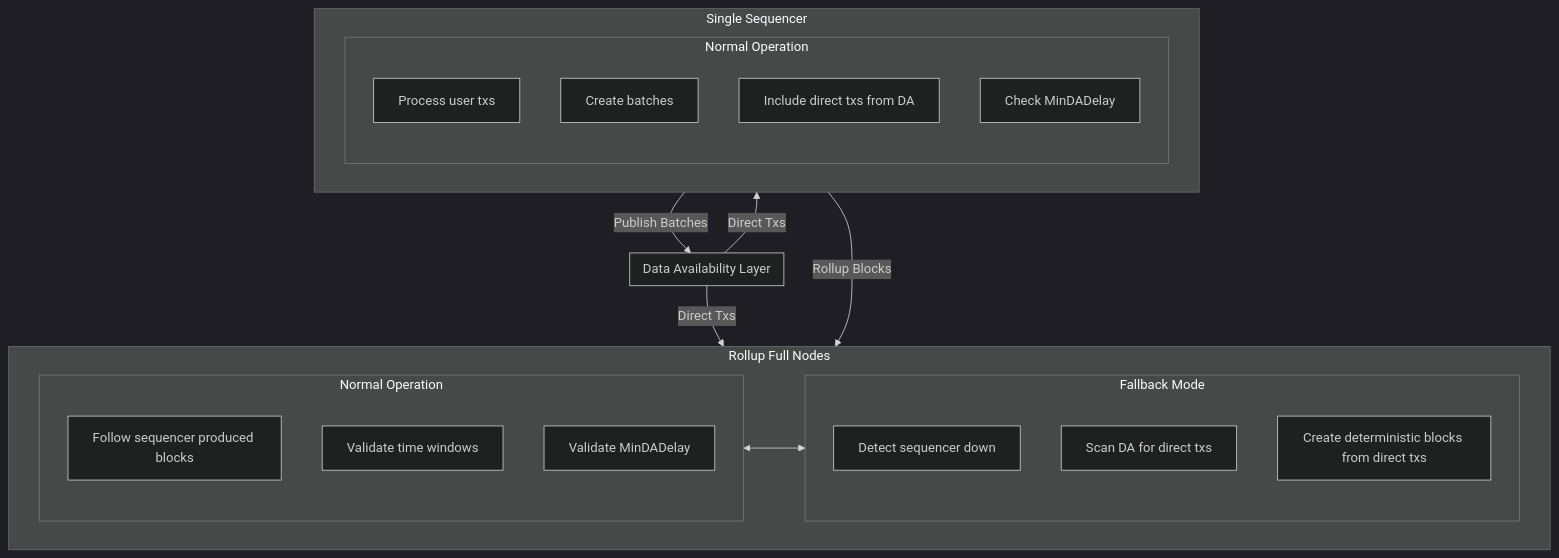
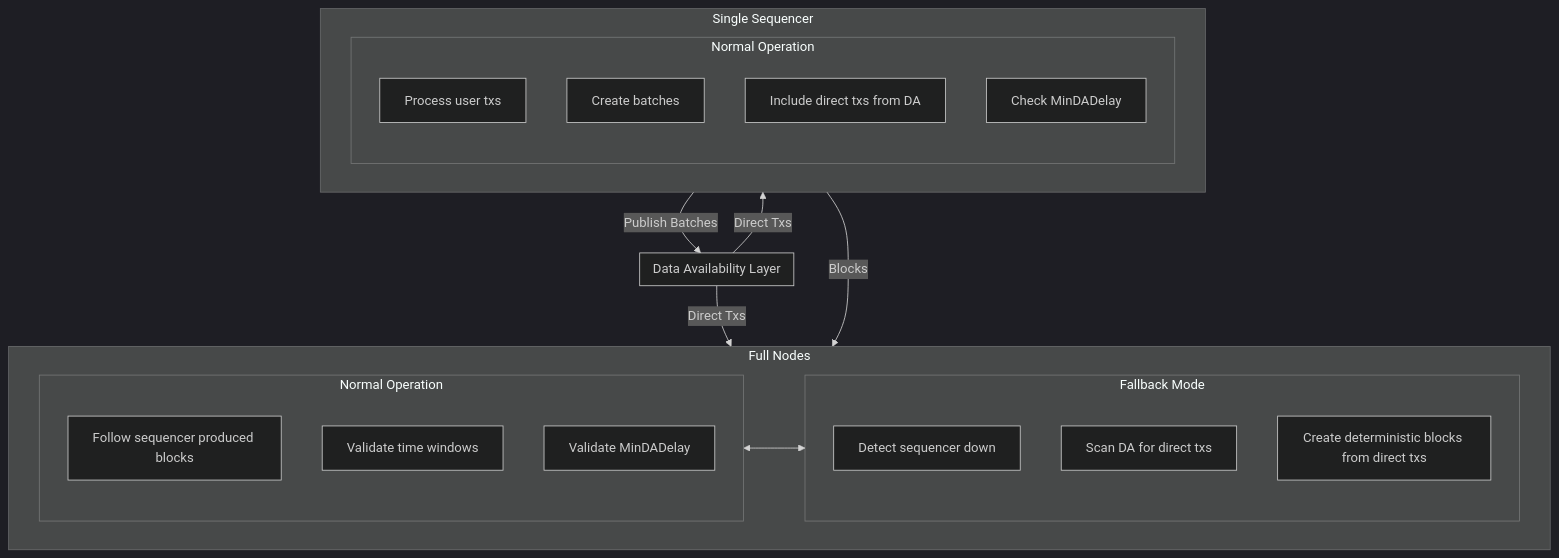
Before and after one commit to rollkit/rollkit: the first of 2 diagrams in specs/lazy-adr/adr-019-forced-inclusion-mechanism.md, drawn with Mermaid (dark theme). The commit also changed other lines of this file and 27 other files, not shown here.

````diff
--- a/specs/lazy-adr/adr-019-forced-inclusion-mechanism.md
+++ b/specs/lazy-adr/adr-019-forced-inclusion-mechanism.md
@@ -40,35 +40,35 @@
 ```mermaid
 flowchart TB
     subgraph DAL["Data Availability Layer"]
     end
 
     subgraph SEQ["Single Sequencer"]
         subgraph NO["Normal Operation"]
             direction TB
             process["Process user txs"]
             create["Create batches"]
             include["Include direct txs from DA"]
             checkDelay["Check MinDADelay"]
         end
     end
 
-    subgraph FN["Rollup Full Nodes"]
+    subgraph FN["Full Nodes"]
         subgraph NormalOp["Normal Operation"]
             follow["Follow sequencer produced blocks"]
             validate["Validate time windows"]
             validateDelay["Validate MinDADelay"]
         end
 
         subgraph FallbackMode["Fallback Mode"]
             detect["Detect sequencer down"]
             scan["Scan DA for direct txs"]
             createBlocks["Create deterministic blocks from direct txs"]
         end
     end
 
     SEQ -->|"Publish Batches"| DAL
     DAL -->|"Direct Txs"| SEQ
     DAL -->|"Direct Txs"| FN
-    SEQ -->|"Rollup Blocks"| FN
+    SEQ -->|"Blocks"| FN
     NormalOp <--> FallbackMode
 ```
````
